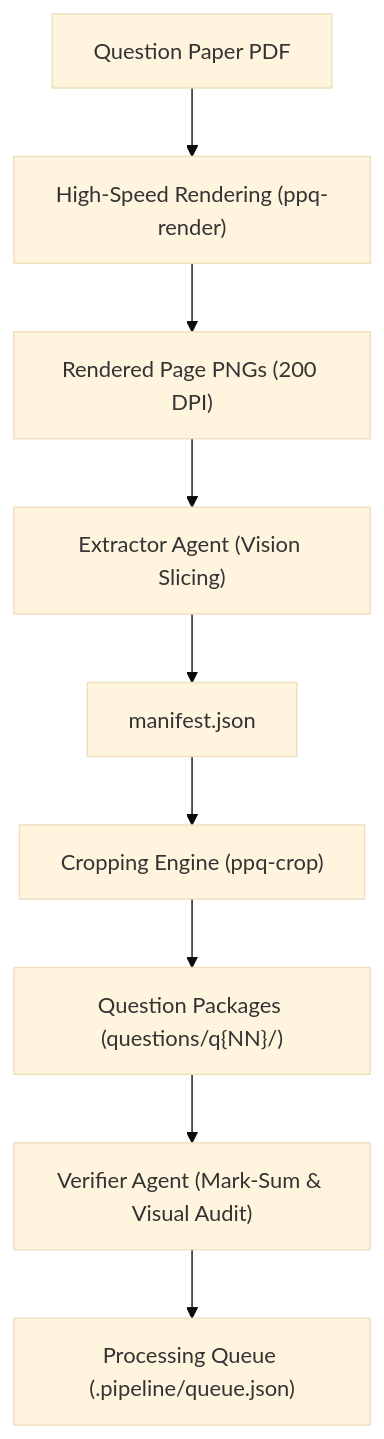
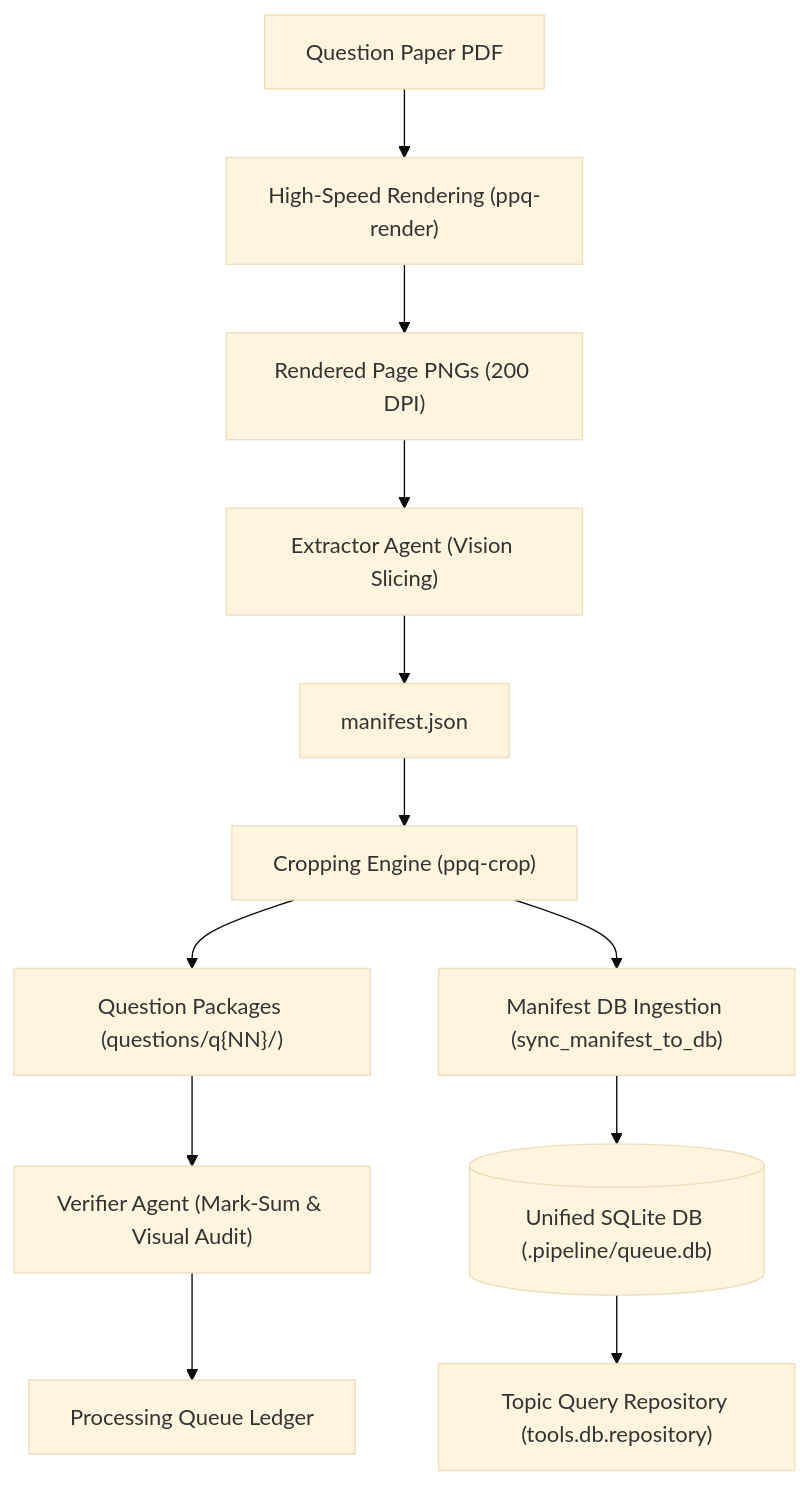
The diagram in docs/architecture.md (strange0g/ppq-extractor), drawn with Mermaid (base theme) before and after one commit. The commit also changed other lines of this file and 12 other files, not shown here.

Commit message:
feat(pipeline): integrate crop database synchronization and topic query repository

````diff
--- a/docs/architecture.md
+++ b/docs/architecture.md
@@ -13,11 +13,14 @@
 ```mermaid
 flowchart TD
     PDF["Question Paper PDF"] --> Render["High-Speed Rendering (ppq-render)"]
     Render --> Pages["Rendered Page PNGs (200 DPI)"]
     Pages --> Extractor["Extractor Agent (Vision Slicing)"]
     Extractor --> Manifest["manifest.json"]
     Manifest --> Crop["Cropping Engine (ppq-crop)"]
     Crop --> Packages["Question Packages (questions/q{NN}/)"]
+    Crop --> Sync["Manifest DB Ingestion (sync_manifest_to_db)"]
+    Sync --> DB[("Unified SQLite DB (.pipeline/queue.db)")]
+    DB --> Repo["Topic Query Repository (tools.db.repository)"]
     Packages --> Verifier["Verifier Agent (Mark-Sum & Visual Audit)"]
-    Verifier --> Queue["Processing Queue (.pipeline/queue.json)"]
+    Verifier --> Queue["Processing Queue Ledger"]
 ```
````
